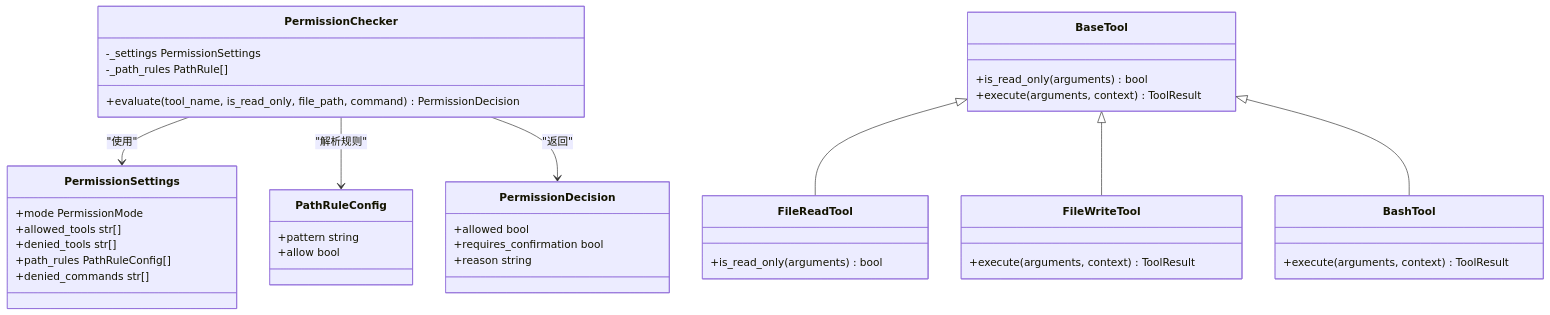
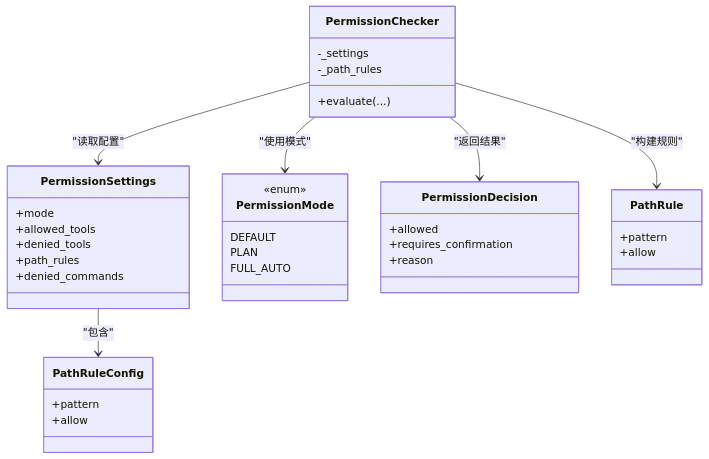
One commit to haolange/OpenHarness changed the fourth of 4 diagrams in .qoder/repowiki/zh/content/核心概念/权限控制系统.md. Above: the diagram before and after it, drawn with Mermaid. The commit also changed other lines of this file and 222 other files, not shown here.

````diff
--- a/.qoder/repowiki/zh/content/核心概念/权限控制系统.md
+++ b/.qoder/repowiki/zh/content/核心概念/权限控制系统.md
@@ -252,43 +286,39 @@
 ```mermaid
 classDiagram
-class PermissionChecker {
-+evaluate(tool_name, is_read_only, file_path, command) PermissionDecision
--_settings PermissionSettings
--_path_rules PathRule[]
-}
 class PermissionSettings {
-+mode PermissionMode
-+allowed_tools str[]
-+denied_tools str[]
-+path_rules PathRuleConfig[]
-+denied_commands str[]
++mode
++allowed_tools
++denied_tools
++path_rules
++denied_commands
 }
 class PathRuleConfig {
-+pattern string
-+allow bool
++pattern
++allow
+}
+class PermissionMode {
+<<enum>>
+DEFAULT
+PLAN
+FULL_AUTO
+}
+class PermissionChecker {
+-_settings
+-_path_rules
++evaluate(...)
 }
 class PermissionDecision {
-+allowed bool
-+requires_confirmation bool
-+reason string
++allowed
++requires_confirmation
++reason
 }
-class BaseTool {
-+is_read_only(arguments) bool
-+execute(arguments, context) ToolResult
+class PathRule {
++pattern
++allow
 }
-class FileReadTool {
-+is_read_only(arguments) bool
-}
-class FileWriteTool {
-+execute(arguments, context) ToolResult
-}
-class BashTool {
-+execute(arguments, context) ToolResult
-}
-PermissionChecker --> PermissionSettings : "使用"
-PermissionChecker --> PathRuleConfig : "解析规则"
-PermissionChecker --> PermissionDecision : "返回"
-BaseTool <|-- FileReadTool
-BaseTool <|-- FileWriteTool
-BaseTool <|-- BashTool
+PermissionChecker --> PermissionSettings : "读取配置"
+PermissionChecker --> PermissionMode : "使用模式"
+PermissionChecker --> PathRule : "构建规则"
+PermissionChecker --> PermissionDecision : "返回结果"
+PermissionSettings --> PathRuleConfig : "包含"
 ```
````
